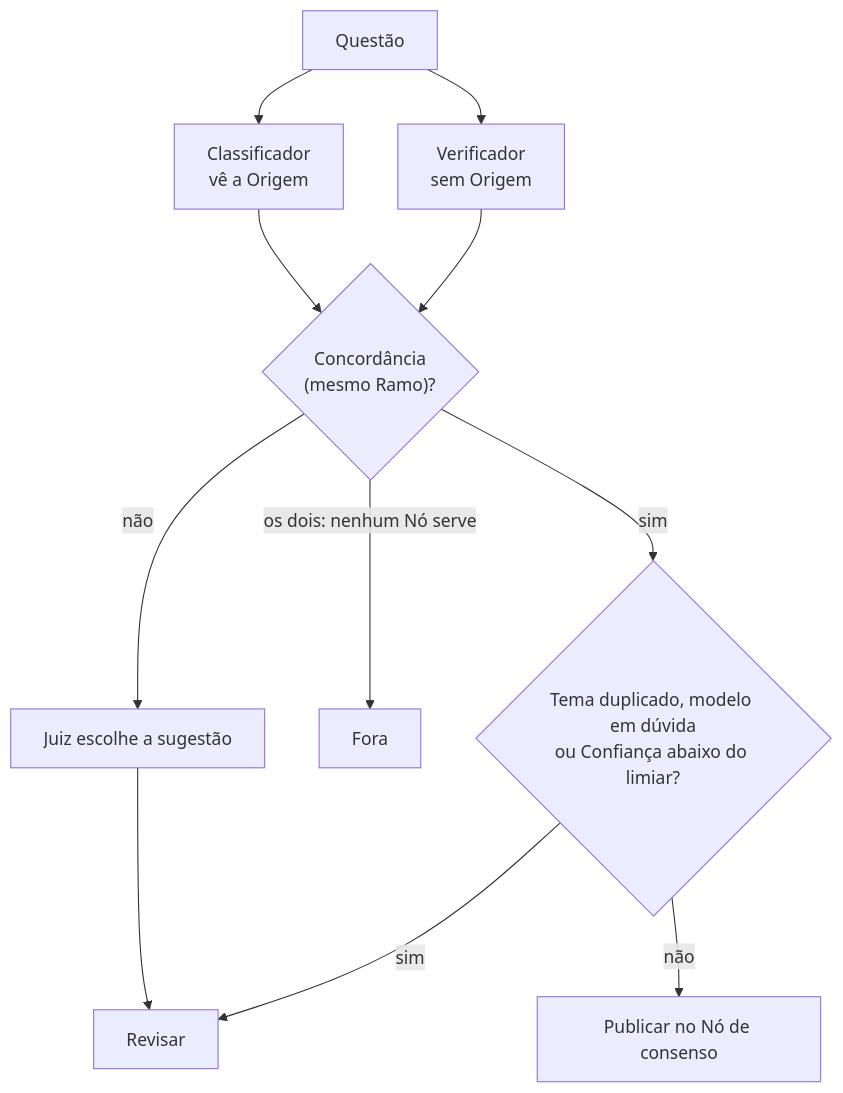
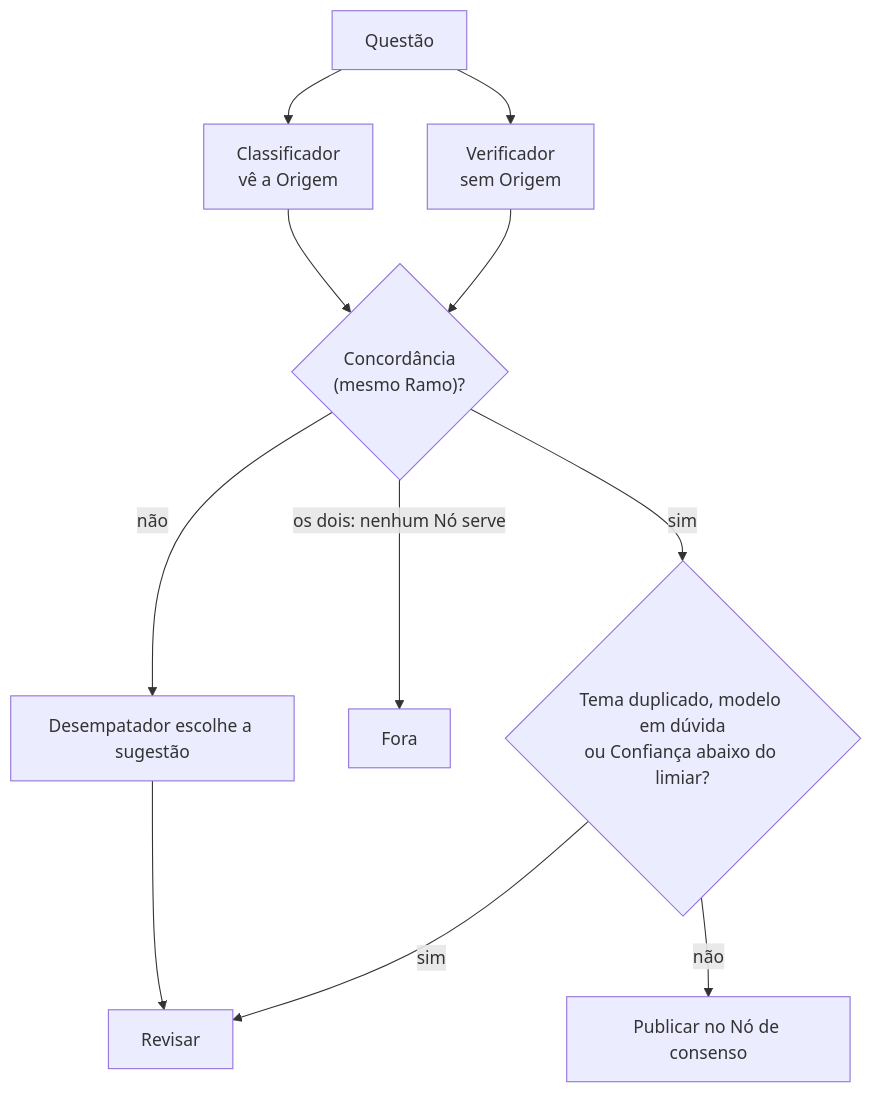
The diagram in docs/adr/0002-publicar-so-com-concordancia-entre-provedores.md (edcastanha/case-vicio-ia-poc), drawn with Mermaid before and after one commit. The commit also changed other lines of this file and 46 other files, not shown here.

First line of the commit message:
Papel Juiz passa a se chamar Desempatador

````diff
--- a/docs/adr/0002-publicar-so-com-concordancia-entre-provedores.md
+++ b/docs/adr/0002-publicar-so-com-concordancia-entre-provedores.md
@@ -5,12 +5,12 @@
 ```mermaid
 flowchart TD
     Q[Questão] --> C["Classificador<br>vê a Origem"]
     Q --> V["Verificador<br>sem Origem"]
     C --> K{"Concordância<br>(mesmo Ramo)?"}
     V --> K
-    K -- "não" --> J["Juiz escolhe a sugestão"] --> R["Revisar"]
+    K -- "não" --> J["Desempatador escolhe a sugestão"] --> R["Revisar"]
     K -- "os dois: nenhum Nó serve" --> F["Fora"]
     K -- "sim" --> T{"Tema duplicado, modelo em dúvida<br>ou Confiança abaixo do limiar?"}
     T -- "sim" --> R
     T -- "não" --> P["Publicar no Nó de consenso"]
 ```
````
